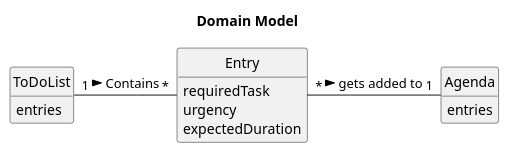
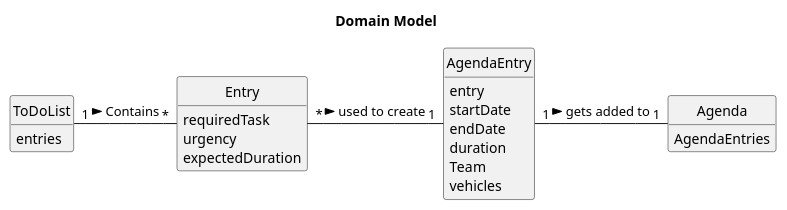
The diagram in docs/sprintC/us022/02.analysis/puml/022-domain-model.puml (RicardoMorim/lapr2-ISEP-Project), drawn with PlantUML before and after one commit. The commit also changed 7 other files, not shown here.

```diff
--- a/docs/sprintC/us022/02.analysis/puml/022-domain-model.puml
+++ b/docs/sprintC/us022/02.analysis/puml/022-domain-model.puml
@@ -1,29 +1,37 @@
 @startuml
 
 'left to right direction
 
 title Domain Model
 
 hide methods
 hide circle
 
 class Entry {
     requiredTask
     urgency
     expectedDuration
 }
 
 class ToDoList{
     entries
 }
 
 class Agenda{
-    entries
+    AgendaEntries
+}
+
+class AgendaEntry{
+    entry
+    startDate
+    endDate
+    duration
+    Team
+    vehicles
 }
 
 
-
 ToDoList "1" -  "*" Entry: Contains  >
-Entry "*" - "1" Agenda: gets added to >
-
+Entry "*" - "1" AgendaEntry: used to create >
+AgendaEntry "1" - "1" Agenda: gets added to >
 @enduml
```
